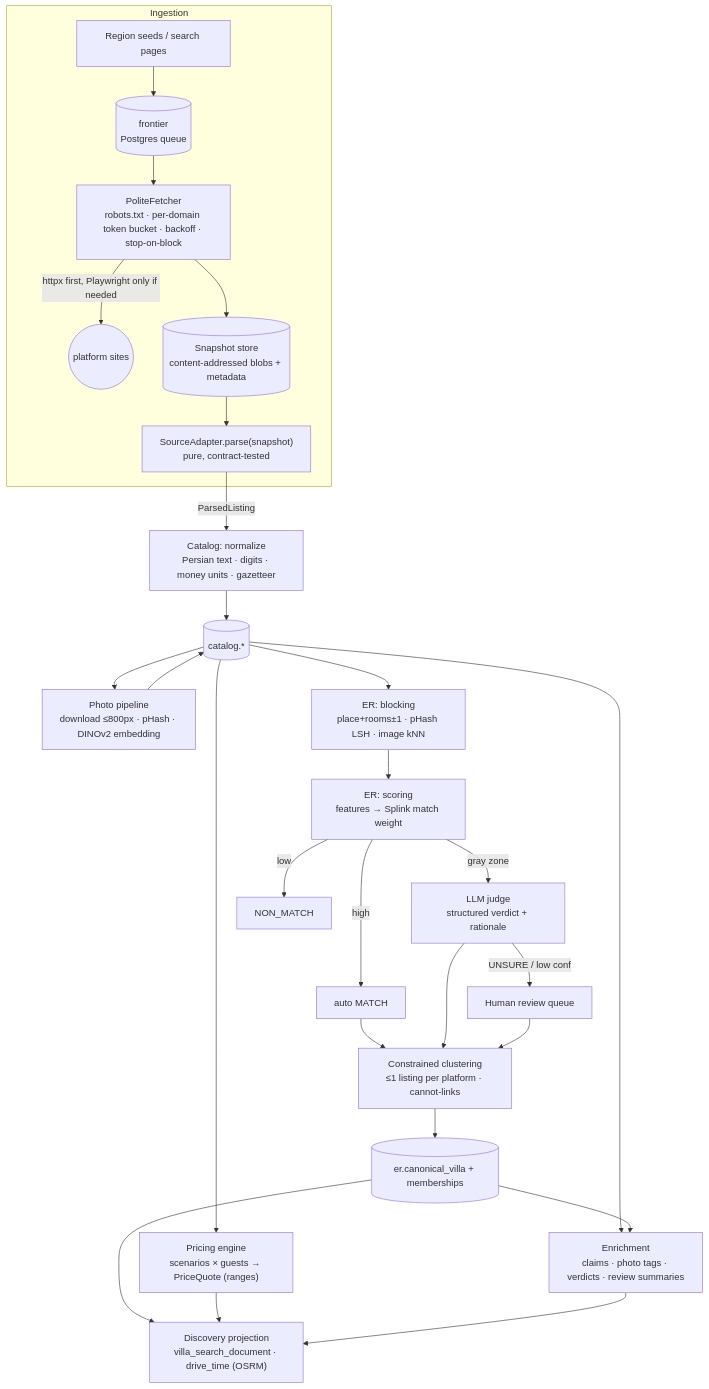
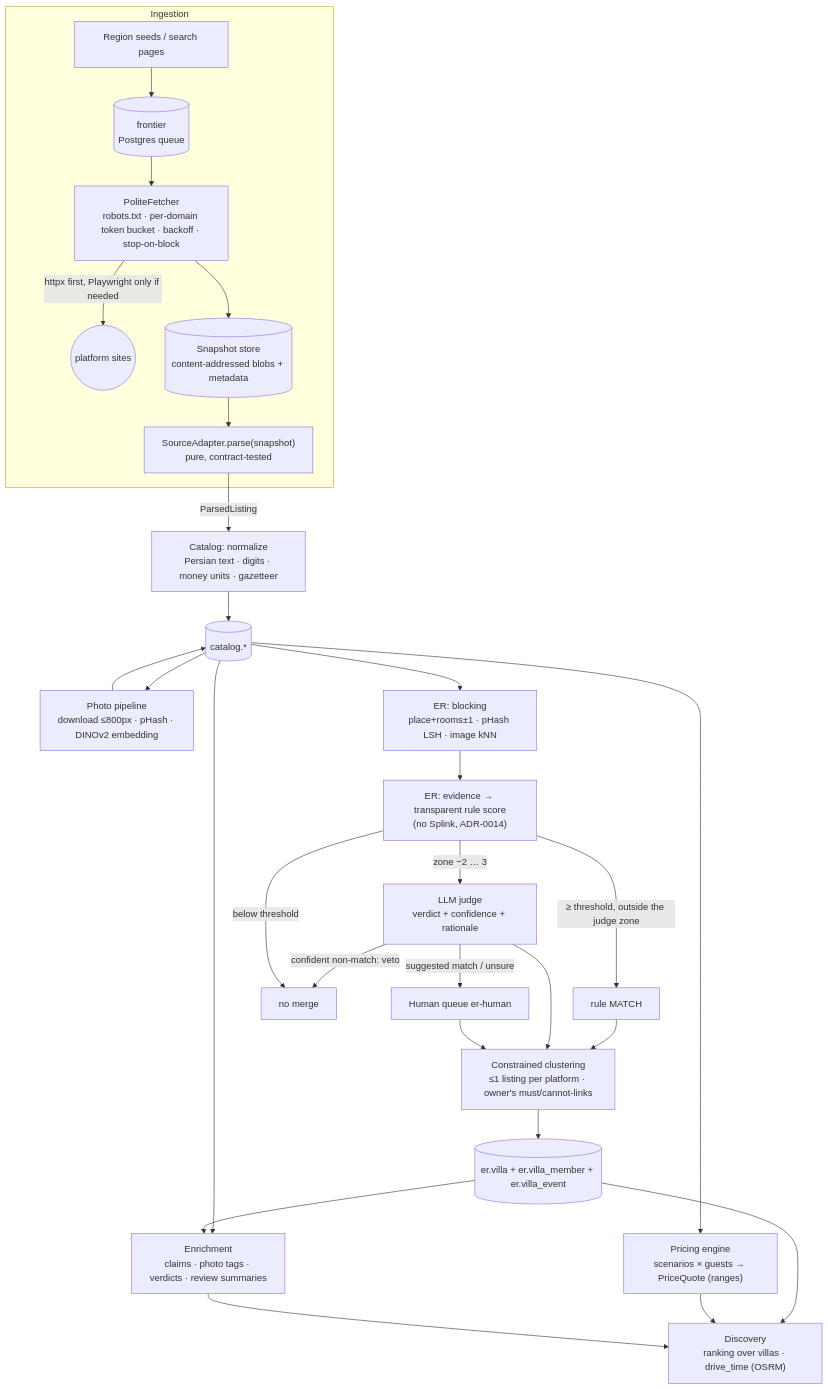
Before and after one commit to peyman886/villasanj: the second of 6 diagrams in docs/ARCHITECTURE.md, drawn with Mermaid. The commit also changed other lines of this file and 7 other files, not shown here.

First line of the commit message:
docs: bring ARCHITECTURE, ROADMAP, README, CLAUDE.md and the demo script up to date

````diff
--- a/docs/ARCHITECTURE.md
+++ b/docs/ARCHITECTURE.md
@@ -131,28 +134,29 @@
 ```mermaid
 flowchart TB
   subgraph Ingestion
     SEED[Region seeds / search pages] --> FR[(frontier<br/>Postgres queue)]
     FR --> PF["PoliteFetcher<br/>robots.txt · per-domain token bucket · backoff · stop-on-block"]
     PF -->|httpx first, Playwright only if needed| WEB((platform sites))
     PF --> SNAP[(Snapshot store<br/>content-addressed blobs + metadata)]
     SNAP --> PARSE["SourceAdapter.parse(snapshot)<br/>pure, contract-tested"]
   end
   PARSE -->|ParsedListing| NORM["Catalog: normalize<br/>Persian text · digits · money units · gazetteer"]
   NORM --> CATDB[(catalog.*)]
   CATDB --> PHOTO["Photo pipeline<br/>download ≤800px · pHash · DINOv2 embedding"]
   PHOTO --> CATDB
 
   CATDB --> BLOCK["ER: blocking<br/>place+rooms±1 · pHash LSH · image kNN"]
-  BLOCK --> SCORE["ER: scoring<br/>features → Splink match weight"]
-  SCORE -->|high| AUTO[auto MATCH]
-  SCORE -->|gray zone| JUDGE["LLM judge<br/>structured verdict + rationale"]
-  JUDGE -->|UNSURE / low conf| HQ[Human review queue]
-  SCORE -->|low| NON[NON_MATCH]
-  AUTO & JUDGE & HQ --> CLUST["Constrained clustering<br/>≤1 listing per platform · cannot-links"]
-  CLUST --> VILLA[(er.canonical_villa + memberships)]
+  BLOCK --> SCORE["ER: evidence → transparent rule score<br/>(no Splink, ADR-0014)"]
+  SCORE -->|≥ threshold, outside the judge zone| AUTO[rule MATCH]
+  SCORE -->|zone −2 … 3| JUDGE["LLM judge<br/>verdict + confidence + rationale"]
+  JUDGE -->|confident non-match: veto| NON
+  JUDGE -->|suggested match / unsure| HQ[Human queue er-human]
+  SCORE -->|below threshold| NON[no merge]
+  AUTO & JUDGE & HQ --> CLUST["Constrained clustering<br/>≤1 listing per platform · owner's must/cannot-links"]
+  CLUST --> VILLA[(er.villa + er.villa_member + er.villa_event)]
 
   CATDB --> PRICE["Pricing engine<br/>scenarios × guests → PriceQuote (ranges)"]
   CATDB --> ENR["Enrichment<br/>claims · photo tags · verdicts · review summaries"]
   VILLA --> ENR
-  VILLA & PRICE & ENR --> PROJ["Discovery projection<br/>villa_search_document · drive_time (OSRM)"]
+  VILLA & PRICE & ENR --> PROJ["Discovery<br/>ranking over villas · drive_time (OSRM)"]
 ```
````
